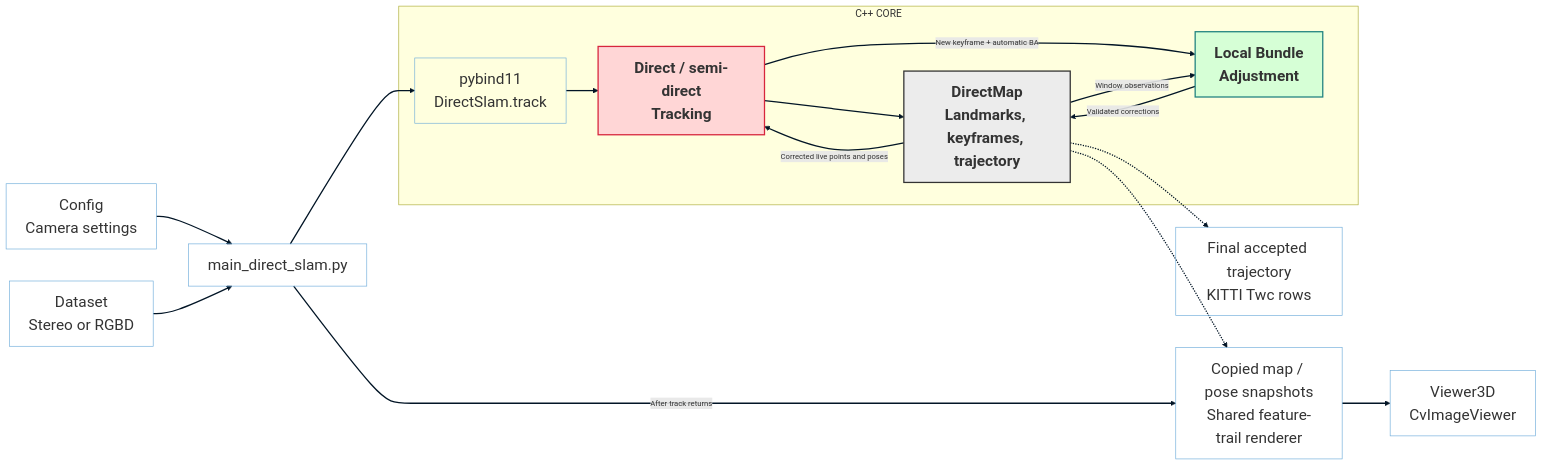
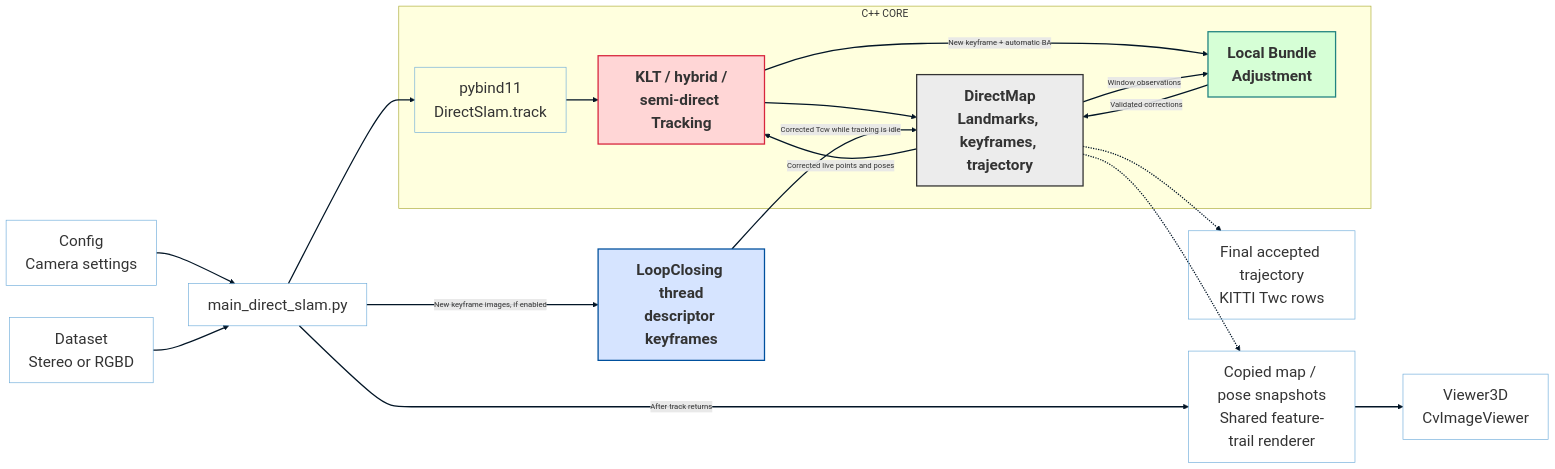
The first of 3 diagrams in docs/direct_slam.md (luigifreda/pyslam), drawn with Mermaid before and after one commit. The commit also changed other lines of this file and 245 other files, not shown here.

````diff
--- a/docs/direct_slam.md
+++ b/docs/direct_slam.md
@@ -69,29 +75,33 @@
 ```mermaid
 graph LR
     linkStyle default stroke:#021526,stroke-width:2px,font-size:12px;
     classDef moduleTracking fill:#FFD6D6,stroke:#D7263D,stroke-width:2px,font-weight:bold,font-size:24px;
     classDef moduleLocalMapping fill:#D6FFD6,stroke:#218380,stroke-width:2px,font-weight:bold,font-size:24px;
+    classDef moduleLoopClosing fill:#D6E4FF,stroke:#00509D,stroke-width:2px,font-weight:bold,font-size:24px;
     classDef moduleMap fill:#ECECEC,stroke:#333333,stroke-width:2px,font-weight:bold,font-size:24px;
     classDef component fill:none,stroke:#6EACDA,stroke-width:1px,font-size:24px;
 
     Config["Config<br>Camera settings"] --> Runner["main_direct_slam.py"]
     Dataset["Dataset<br>Stereo or RGBD"] --> Runner
     Runner --> Binding["pybind11<br>DirectSlam.track"]
     subgraph Native["C++ CORE"]
-        Binding --> Tracking["Direct / semi-direct<br>Tracking"]
+        Binding --> Tracking["KLT / hybrid /<br>semi-direct Tracking"]
         Tracking --> Map["DirectMap<br>Landmarks, keyframes, trajectory"]
         Tracking -->|"New keyframe + automatic BA"| BA["Local Bundle<br>Adjustment"]
         Map -->|"Window observations"| BA
         BA -->|"Validated corrections"| Map
         Map -->|"Corrected live points and poses"| Tracking
     end
+    Runner -->|"New keyframe images, if enabled"| Loop["LoopClosing thread<br>descriptor keyframes"]
+    Loop -->|"Corrected Tcw while tracking is idle"| Map
     Runner -->|"After track returns"| Snapshot["Copied map / pose snapshots<br>Shared feature-trail renderer"]
     Map -.-> Snapshot
     Snapshot --> Viewers["Viewer3D<br>CvImageViewer"]
     Map -.-> Export["Final accepted trajectory<br>KITTI Twc rows"]
 
     class Tracking moduleTracking;
     class BA moduleLocalMapping;
+    class Loop moduleLoopClosing;
     class Map moduleMap;
     class Config,Dataset,Runner,Binding,Snapshot,Viewers,Export component;
 ```
````
